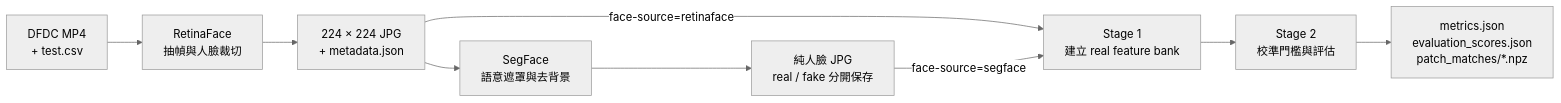
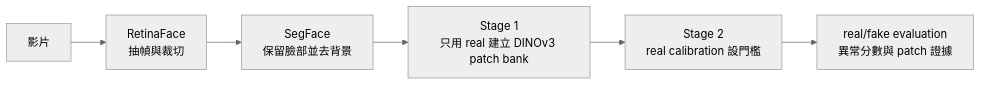
The diagram in README.md (IlikeBB/DeepFakeSecurity), drawn with Mermaid (neutral theme) before and after one commit. The commit also changed other lines of this file and 30 other files, not shown here.

````diff
--- a/README.md
+++ b/README.md
@@ -62,11 +7,8 @@
 ```mermaid
 flowchart LR
-    A["DFDC MP4<br/>+ test.csv"] --> B["RetinaFace<br/>抽幀與人臉裁切"]
-    B --> C["224 × 224 JPG<br/>+ metadata.json"]
-    C -->|face-source=retinaface| F["Stage 1<br/>建立 real feature bank"]
-    C --> D["SegFace<br/>語意遮罩與去背景"]
-    D --> E["純人臉 JPG<br/>real / fake 分開保存"]
-    E -->|face-source=segface| F
-    F --> G["Stage 2<br/>校準門檻與評估"]
-    G --> H["metrics.json<br/>evaluation_scores.json<br/>patch_matches/*.npz"]
+    A[影片] --> B[RetinaFace<br/>抽幀與裁切]
+    B --> C[SegFace<br/>保留臉部並去背景]
+    C --> D[Stage 1<br/>只用 real 建立 DINOv3 patch bank]
+    D --> E[Stage 2<br/>real calibration 設門檻]
+    E --> F[real/fake evaluation<br/>異常分數與 patch 證據]
 ```
````
